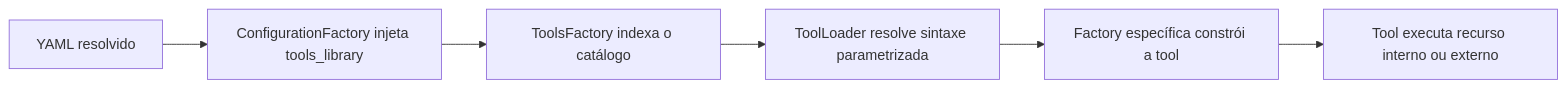
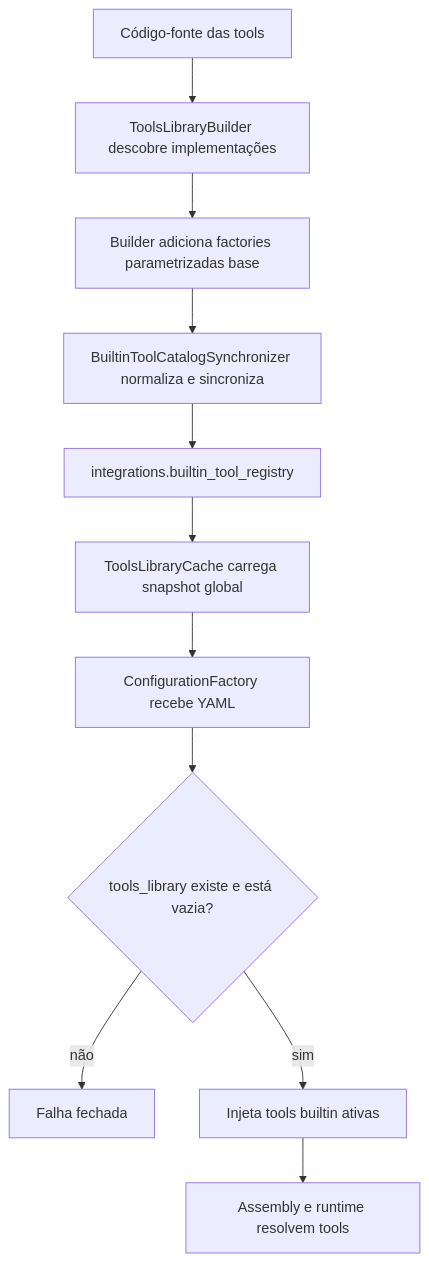
One commit to MEDIUM-FOOD/linx-food-docs changed the diagram in docs/assets/diagrams/docs-guia-usuario-tools-diagrama-01.mmd. Above: the diagram before and after it, drawn with Mermaid. The commit also changed 184 other files, not shown here.

```diff
--- a/docs/assets/diagrams/docs-guia-usuario-tools-diagrama-01.mmd
+++ b/docs/assets/diagrams/docs-guia-usuario-tools-diagrama-01.mmd
@@ -1,6 +1,11 @@
-flowchart LR
-        A["YAML resolvido"] --> B["ConfigurationFactory injeta tools_library"]
-        B --> C["ToolsFactory indexa o catálogo"]
-        C --> D["ToolLoader resolve sintaxe parametrizada"]
-        D --> E["Factory específica constrói a tool"]
-        E --> F["Tool executa recurso interno ou externo"]
+flowchart TD
+    A["Código-fonte das tools"] --> B["ToolsLibraryBuilder descobre implementações"]
+    B --> C["Builder adiciona factories parametrizadas base"]
+    C --> D["BuiltinToolCatalogSynchronizer normaliza e sincroniza"]
+    D --> E["integrations.builtin_tool_registry"]
+    E --> F["ToolsLibraryCache carrega snapshot global"]
+    F --> G["ConfigurationFactory recebe YAML"]
+    G --> H{"tools_library existe e está vazia?"}
+    H -->|"não"| I["Falha fechada"]
+    H -->|"sim"| J["Injeta tools builtin ativas"]
+    J --> K["Assembly e runtime resolvem tools"]
```
